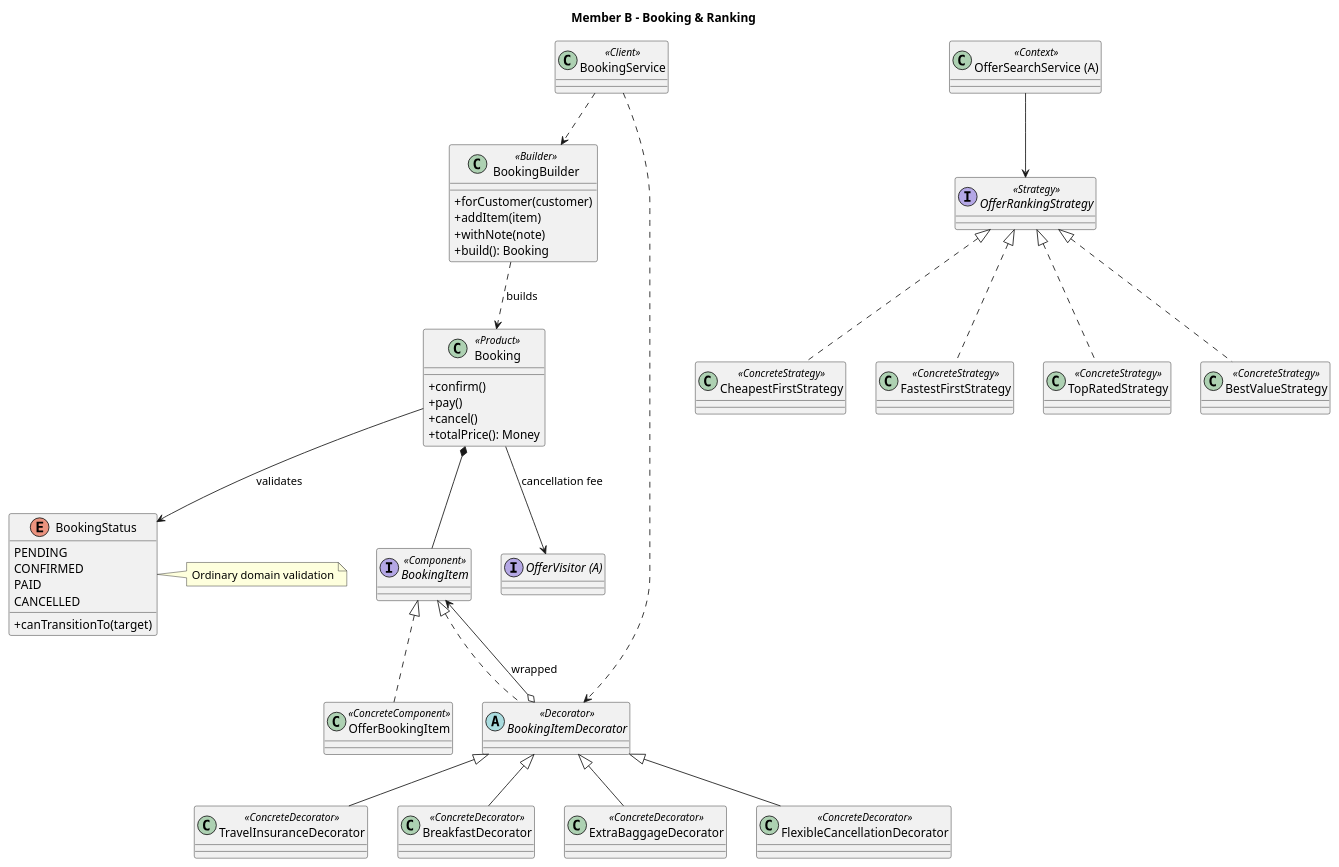
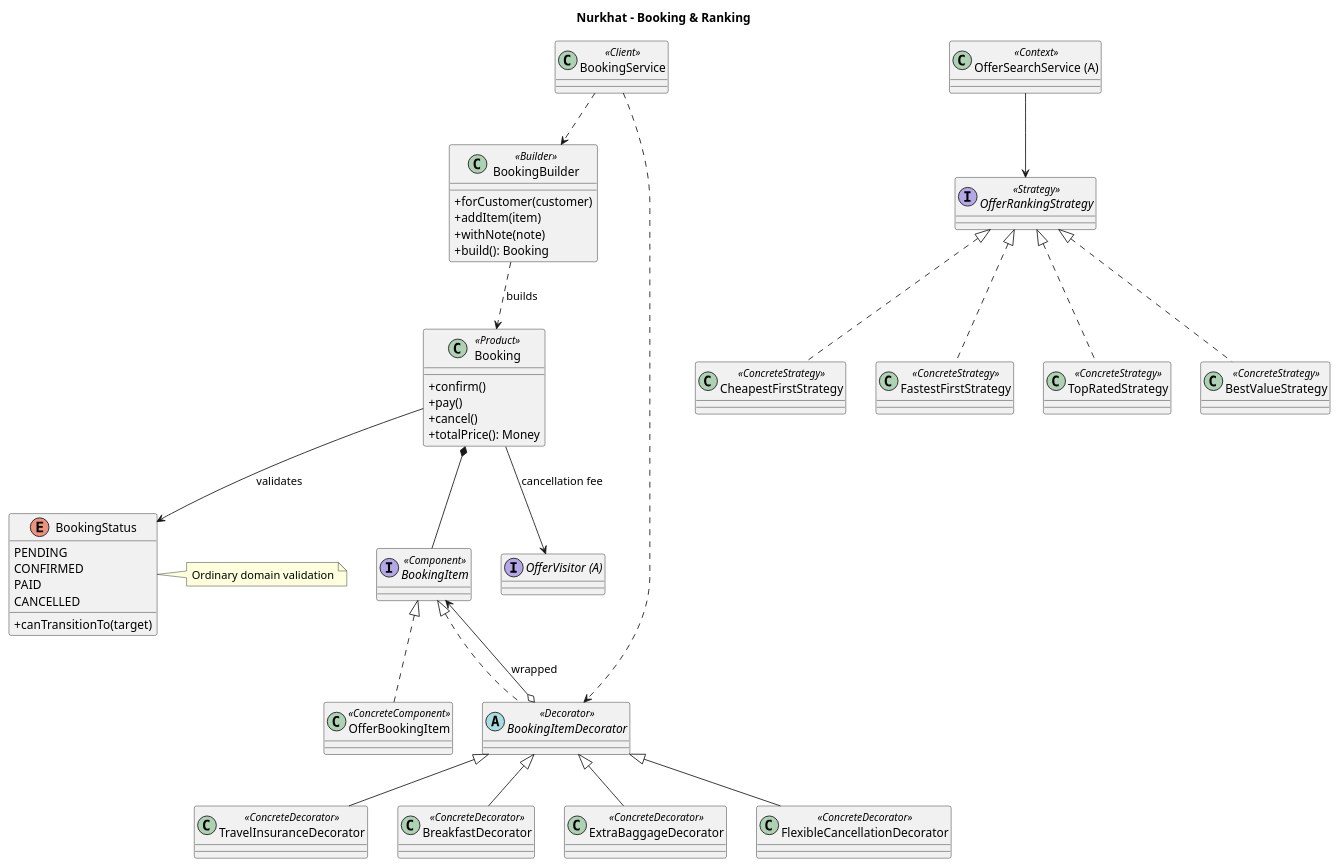
The diagram in docs/uml/member-b-booking.puml (DaurenbekGit/TravelBookingEngine), drawn with PlantUML before and after one commit. The commit also changed 24 other files, not shown here.

Commit message:
Document booking and ranking module in README

```diff
--- a/docs/uml/member-b-booking.puml
+++ b/docs/uml/member-b-booking.puml
@@ -1,58 +1,58 @@
 @startuml
-' Owner: Member B
+' Owner: Nurkhat
 skinparam classAttributeIconSize 0
-title Member B - Booking & Ranking
+title Nurkhat - Booking & Ranking
 class BookingBuilder <<Builder>> {
   +forCustomer(customer)
   +addItem(item)
   +withNote(note)
   +build(): Booking
 }
 class Booking <<Product>> {
   +confirm()
   +pay()
   +cancel()
   +totalPrice(): Money
 }
 class BookingService <<Client>>
 interface BookingItem <<Component>>
 class OfferBookingItem <<ConcreteComponent>>
 abstract class BookingItemDecorator <<Decorator>>
 class TravelInsuranceDecorator <<ConcreteDecorator>>
 class BreakfastDecorator <<ConcreteDecorator>>
 class ExtraBaggageDecorator <<ConcreteDecorator>>
 class FlexibleCancellationDecorator <<ConcreteDecorator>>
 BookingService ..> BookingBuilder
 BookingService ..> BookingItemDecorator
 BookingBuilder ..> Booking : builds
 Booking *-- BookingItem
 BookingItem <|.. OfferBookingItem
 BookingItem <|.. BookingItemDecorator
 BookingItemDecorator o--> BookingItem : wrapped
 BookingItemDecorator <|-- TravelInsuranceDecorator
 BookingItemDecorator <|-- BreakfastDecorator
 BookingItemDecorator <|-- ExtraBaggageDecorator
 BookingItemDecorator <|-- FlexibleCancellationDecorator
 enum BookingStatus {
   PENDING
   CONFIRMED
   PAID
   CANCELLED
   +canTransitionTo(target)
 }
 Booking --> BookingStatus : validates
 note right of BookingStatus : Ordinary domain validation
 interface OfferRankingStrategy <<Strategy>>
 class CheapestFirstStrategy <<ConcreteStrategy>>
 class FastestFirstStrategy <<ConcreteStrategy>>
 class TopRatedStrategy <<ConcreteStrategy>>
 class BestValueStrategy <<ConcreteStrategy>>
 class "OfferSearchService (A)" as Search <<Context>>
 Search --> OfferRankingStrategy
 OfferRankingStrategy <|.. CheapestFirstStrategy
 OfferRankingStrategy <|.. FastestFirstStrategy
 OfferRankingStrategy <|.. TopRatedStrategy
 OfferRankingStrategy <|.. BestValueStrategy
 interface "OfferVisitor (A)" as Visitor
 Booking --> Visitor : cancellation fee
 @enduml
```
